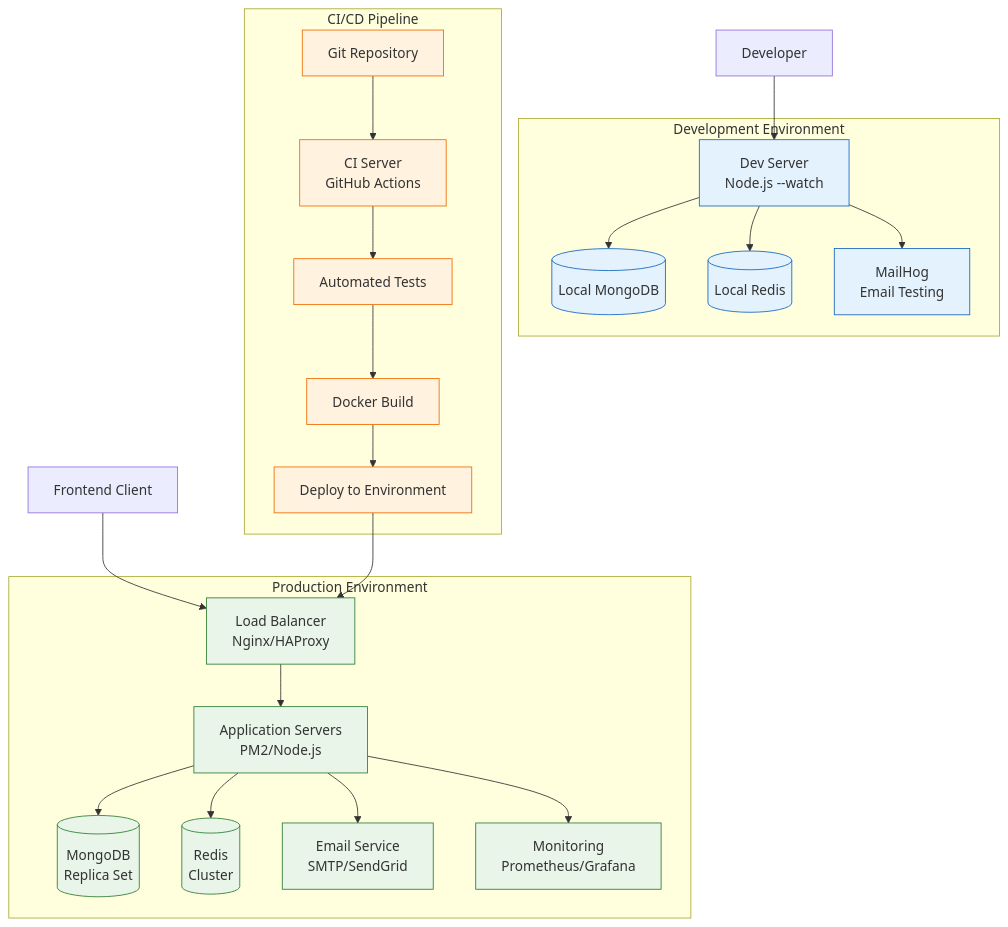
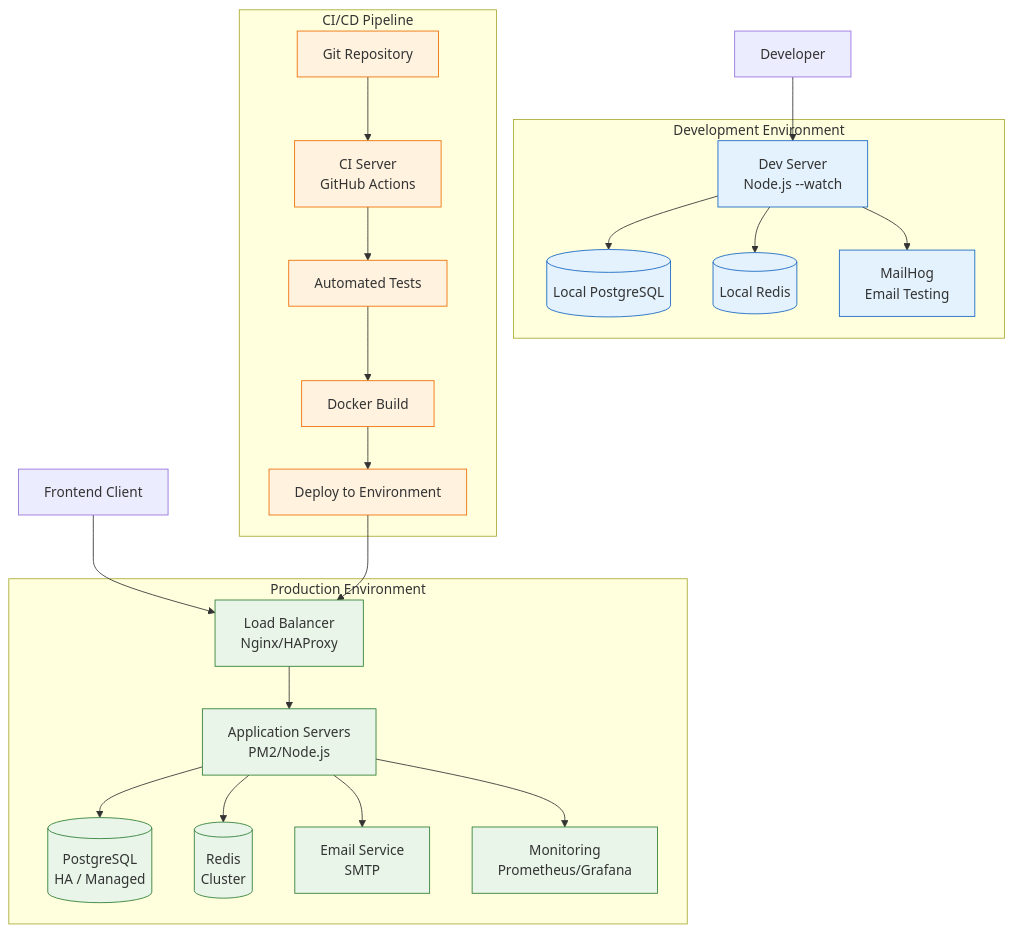
Before and after one commit to josephnguyen-macusaone/abc-dashboard: the first of 9 diagrams in backend/docs/operations/deployment-guide.md, drawn with Mermaid. The commit also changed other lines of this file and 141 other files, not shown here.

First line of the commit message:
chore: update configurations and enhance email service integration

````diff
--- a/backend/docs/operations/deployment-guide.md
+++ b/backend/docs/operations/deployment-guide.md
@@ -7,52 +7,52 @@
 ```mermaid
 graph TB
     subgraph "Production Environment"
         LoadBalancer[Load Balancer<br/>Nginx/HAProxy]
         AppServers[Application Servers<br/>PM2/Node.js]
-        Database[(MongoDB<br/>Replica Set)]
+        Database[(PostgreSQL<br/>HA / Managed)]
         Cache[(Redis<br/>Cluster)]
-        Email[Email Service<br/>SMTP/SendGrid]
+        Email[Email Service<br/>SMTP]
         Monitoring[Monitoring<br/>Prometheus/Grafana]
     end
 
     subgraph "Development Environment"
         DevServer[Dev Server<br/>Node.js --watch]
-        DevDB[(Local MongoDB)]
+        DevDB[(Local PostgreSQL)]
         DevCache[(Local Redis)]
         MailHog[MailHog<br/>Email Testing]
     end
 
     subgraph "CI/CD Pipeline"
         Git[Git Repository]
         CI[CI Server<br/>GitHub Actions]
         Tests[Automated Tests]
         Build[Docker Build]
         Deploy[Deploy to Environment]
     end
 
     Client[Frontend Client] --> LoadBalancer
     LoadBalancer --> AppServers
     AppServers --> Database
     AppServers --> Cache
     AppServers --> Email
     AppServers --> Monitoring
 
     Developer[Developer] --> DevServer
     DevServer --> DevDB
     DevServer --> DevCache
     DevServer --> MailHog
 
     Git --> CI
     CI --> Tests
     Tests --> Build
     Build --> Deploy
     Deploy --> LoadBalancer
 
     classDef prod fill:#e8f5e8,stroke:#2e7d32
     classDef dev fill:#e3f2fd,stroke:#1565c0
     classDef cicd fill:#fff3e0,stroke:#ef6c00
 
     class LoadBalancer,AppServers,Database,Cache,Email,Monitoring prod
     class DevServer,DevDB,DevCache,MailHog dev
     class Git,CI,Tests,Build,Deploy cicd
 ```
````
